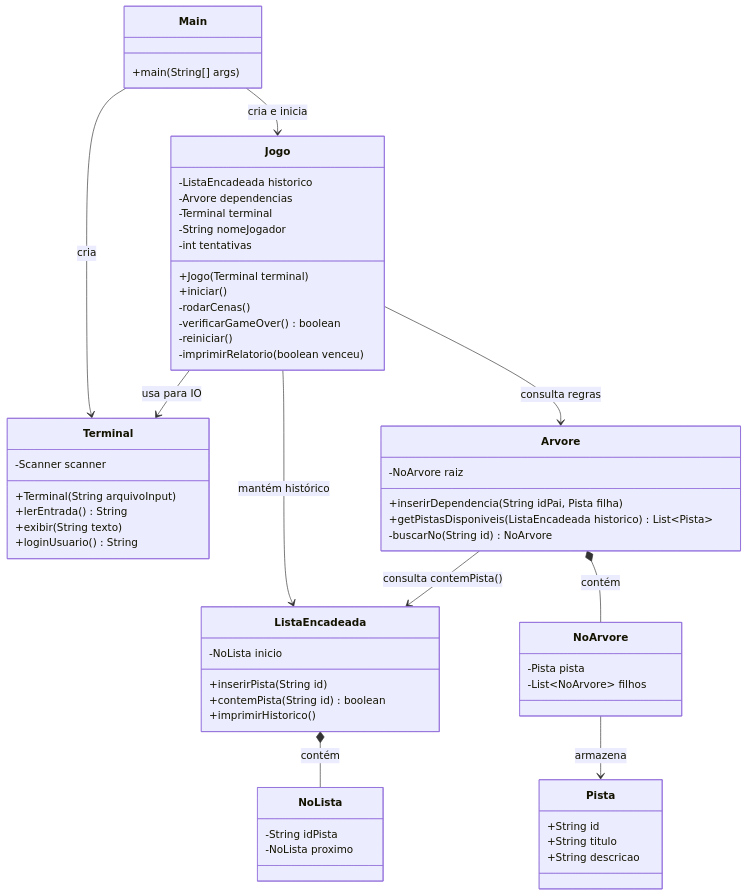
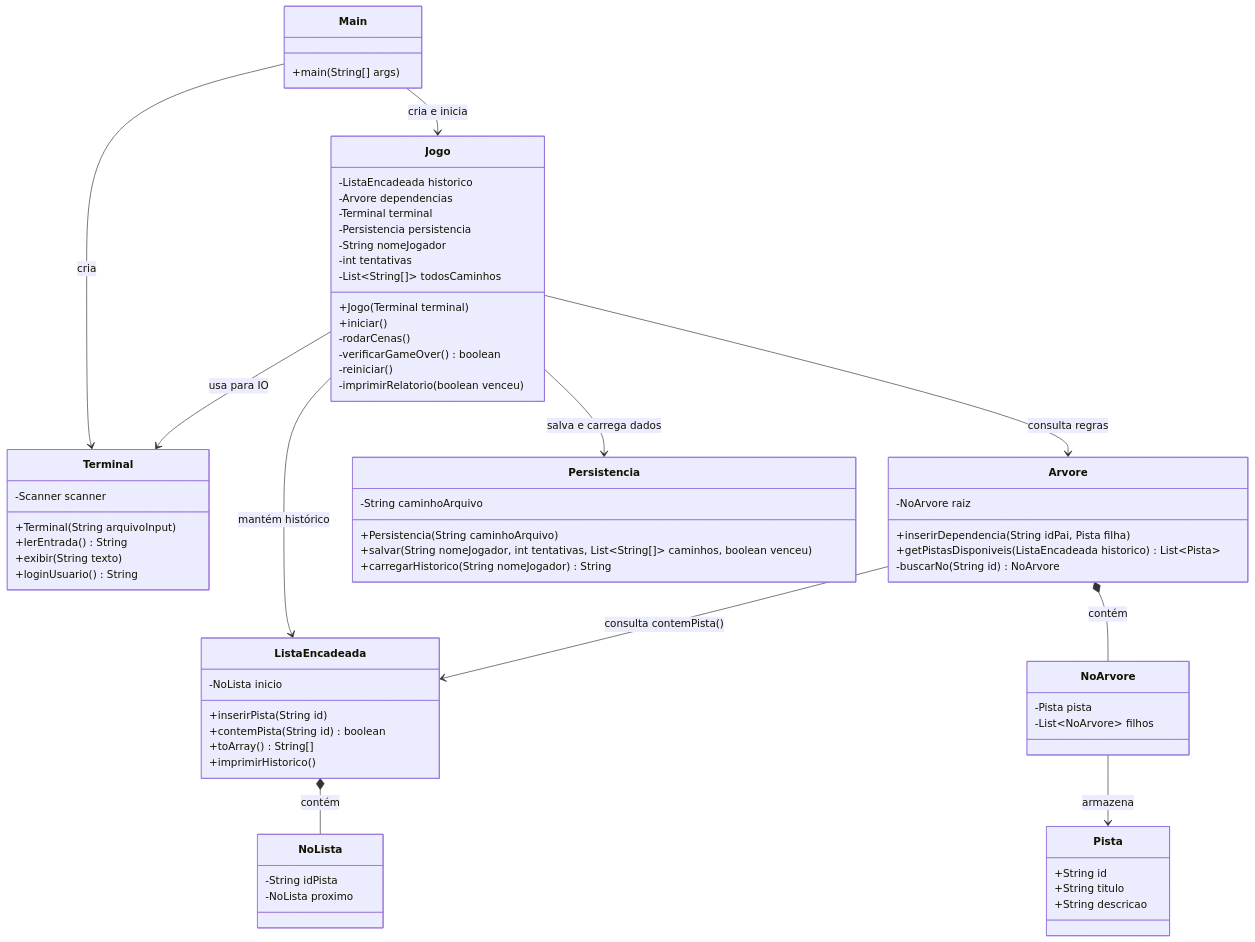
One commit to andretanuki/ProjetoEstruturaDados changed the diagram in docs/Arquitetura_e_Tarefas.md. Above: the diagram before and after it, drawn with Mermaid. The commit also changed other lines of this file, not shown here.

Commit message:
docs: adiciona persistencia de dados e relatorio com todos os caminhos da sessao

````diff
--- a/docs/Arquitetura_e_Tarefas.md
+++ b/docs/Arquitetura_e_Tarefas.md
@@ -18,68 +18,79 @@
 ```mermaid
 classDiagram
     class Main {
         +main(String[] args)
     }
 
     class Terminal {
         -Scanner scanner
         +Terminal(String arquivoInput)
         +lerEntrada() String
         +exibir(String texto)
         +loginUsuario() String
     }
 
     class Jogo {
         -ListaEncadeada historico
         -Arvore dependencias
         -Terminal terminal
+        -Persistencia persistencia
         -String nomeJogador
         -int tentativas
+        -List~String[]~ todosCaminhos
         +Jogo(Terminal terminal)
         +iniciar()
         -rodarCenas()
         -verificarGameOver() boolean
         -reiniciar()
         -imprimirRelatorio(boolean venceu)
     }
 
     class Pista {
         +String id
         +String titulo
         +String descricao
     }
 
     class ListaEncadeada {
         -NoLista inicio
         +inserirPista(String id)
         +contemPista(String id) boolean
+        +toArray() String[]
         +imprimirHistorico()
     }
 
     class NoLista {
         -String idPista
         -NoLista proximo
     }
 
     class Arvore {
         -NoArvore raiz
         +inserirDependencia(String idPai, Pista filha)
         +getPistasDisponiveis(ListaEncadeada historico) List~Pista~
         -buscarNo(String id) NoArvore
     }
 
     class NoArvore {
         -Pista pista
         -List~NoArvore~ filhos
     }
 
+    class Persistencia {
+        -String caminhoArquivo
+        +Persistencia(String caminhoArquivo)
+        +salvar(String nomeJogador, int tentativas, List~String[]~ caminhos, boolean venceu)
+        +carregarHistorico(String nomeJogador) String
+    }
+
     Main --> Terminal : cria
     Main --> Jogo : cria e inicia
     Jogo --> Terminal : usa para IO
     Jogo --> ListaEncadeada : mantém histórico
     Jogo --> Arvore : consulta regras
+    Jogo --> Persistencia : salva e carrega dados
     Arvore --> ListaEncadeada : consulta contemPista()
     ListaEncadeada *-- NoLista : contém
     Arvore *-- NoArvore : contém
     NoArvore --> Pista : armazena
 ```
````
